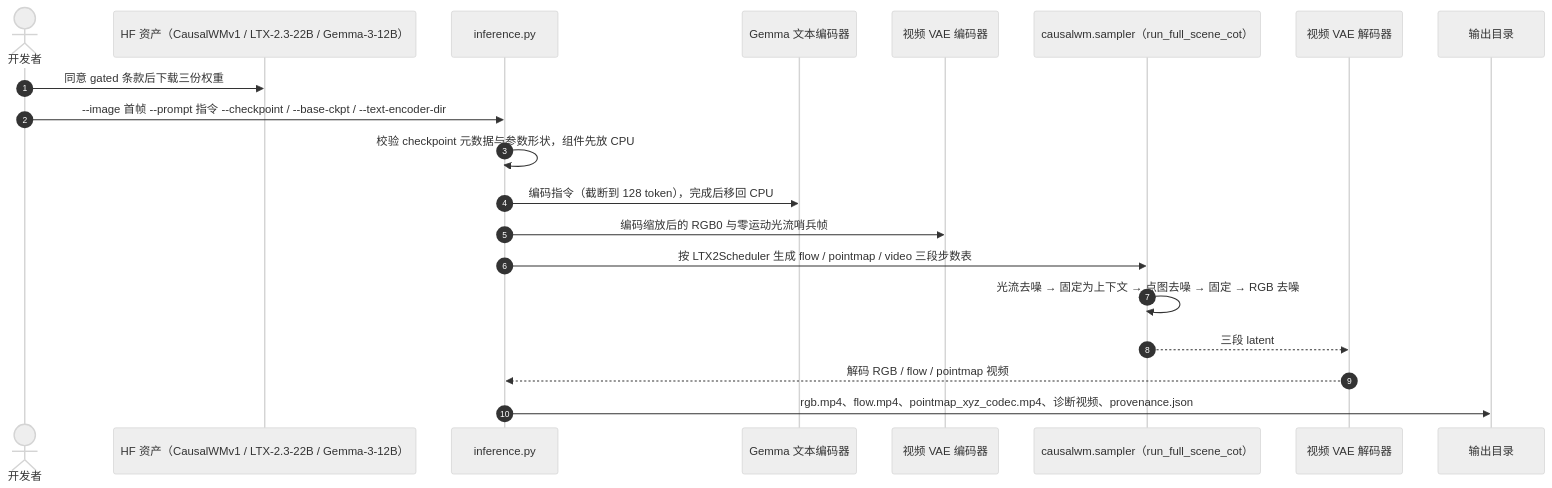
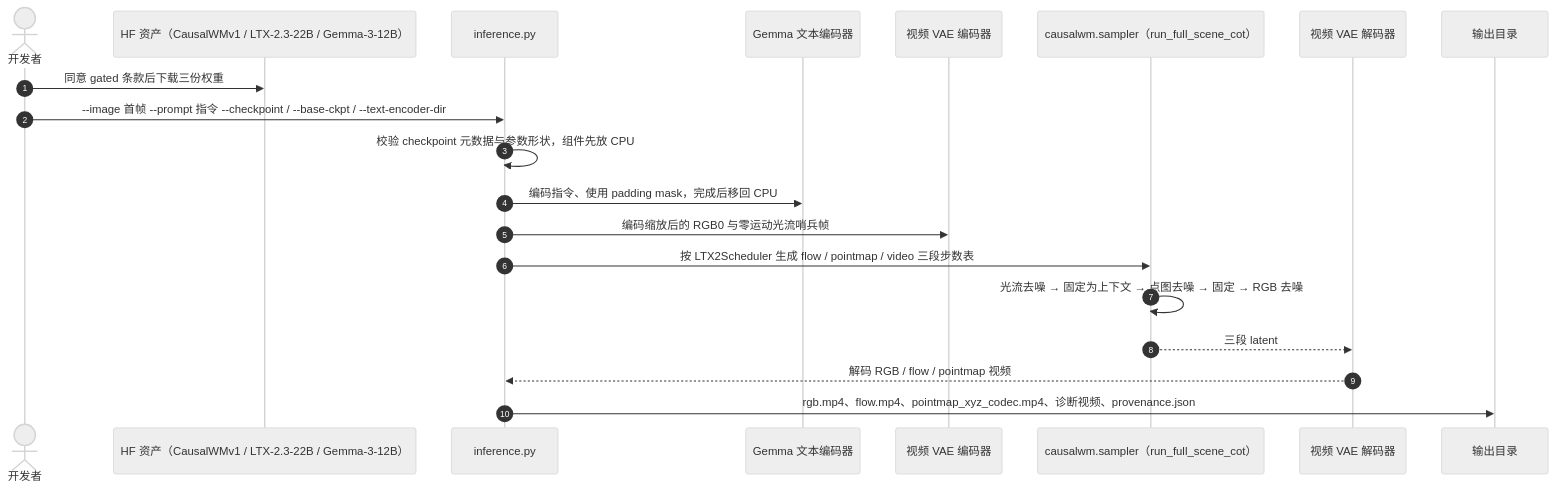
One commit to ImChong/Robotics_Notebooks changed the second of 2 diagrams in wiki/entities/paper-causalwm.md. Above: the diagram before and after it, drawn with Mermaid (neutral theme). The commit also changed other lines of this file and 208 other files, not shown here.

Commit message:
[2026-11-14] ingest | roadmap/depth-wam.md — 补齐 WAM 全部节点原文证据与满分健康度

````diff
--- a/wiki/entities/paper-causalwm.md
+++ b/wiki/entities/paper-causalwm.md
@@ -158,22 +163,22 @@
 ```mermaid
 sequenceDiagram
     autonumber
     actor Dev as 开发者
     participant HF as HF 资产（CausalWMv1 / LTX-2.3-22B / Gemma-3-12B）
     participant CLI as inference.py
     participant TE as Gemma 文本编码器
     participant Enc as 视频 VAE 编码器
     participant S as causalwm.sampler（run_full_scene_cot）
     participant Dec as 视频 VAE 解码器
     participant IO as 输出目录
     Dev->>HF: 同意 gated 条款后下载三份权重
     Dev->>CLI: --image 首帧 --prompt 指令 --checkpoint / --base-ckpt / --text-encoder-dir
     CLI->>CLI: 校验 checkpoint 元数据与参数形状，组件先放 CPU
-    CLI->>TE: 编码指令（截断到 128 token），完成后移回 CPU
+    CLI->>TE: 编码指令、使用 padding mask，完成后移回 CPU
     CLI->>Enc: 编码缩放后的 RGB0 与零运动光流哨兵帧
     CLI->>S: 按 LTX2Scheduler 生成 flow / pointmap / video 三段步数表
     S->>S: 光流去噪 → 固定为上下文 → 点图去噪 → 固定 → RGB 去噪
     S-->>Dec: 三段 latent
     Dec-->>CLI: 解码 RGB / flow / pointmap 视频
     CLI->>IO: rgb.mp4、flow.mp4、pointmap_xyz_codec.mp4、诊断视频、provenance.json
 ```
````
